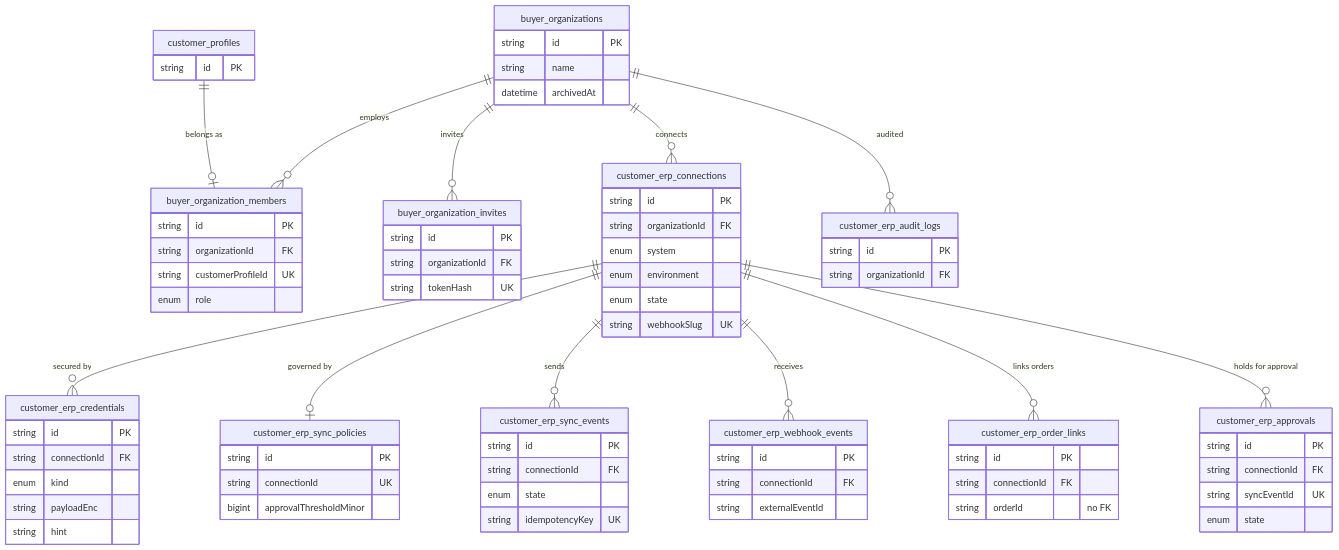
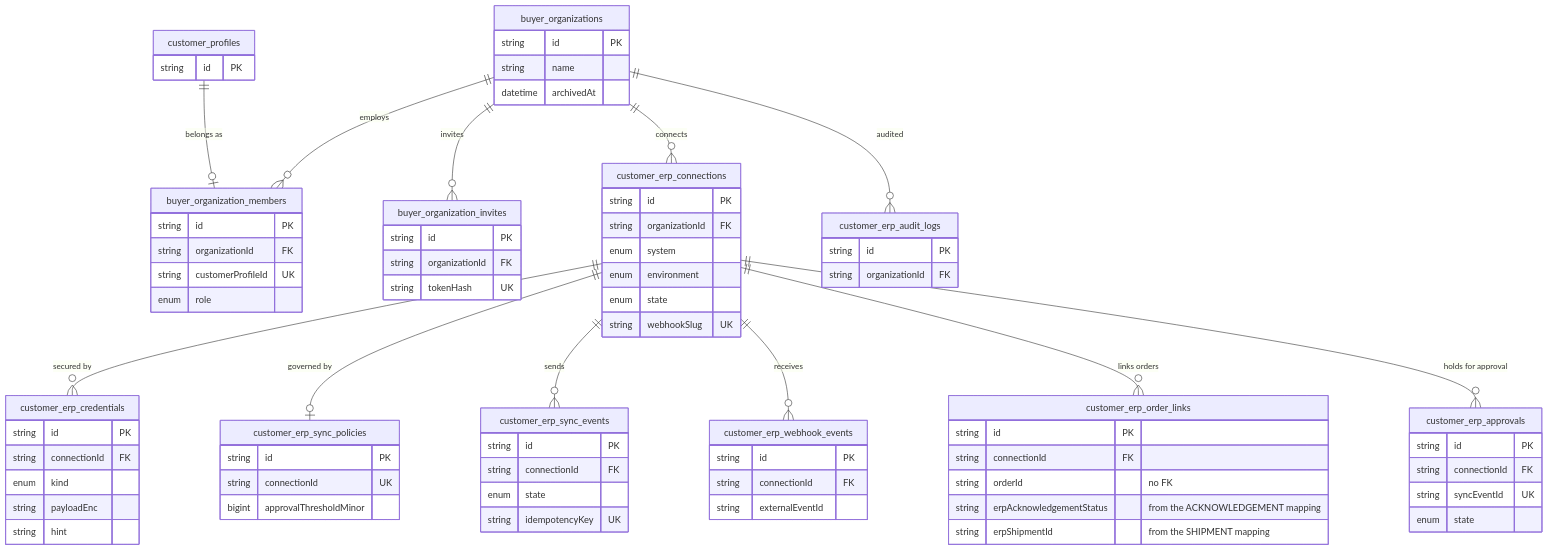
Diagram 21 of 44 in docs/DATABASE-DESIGN.md (UBoss-AI/UBoss-Sourcing), drawn with Mermaid before and after one commit. The commit also changed 38 other files, not shown here.

First line of the commit message:
feat: ERP acknowledgement and shipment mappings (ENH-015)

````diff
--- a/docs/DATABASE-DESIGN.md
+++ b/docs/DATABASE-DESIGN.md
@@ -2851,79 +2851,81 @@
 ```mermaid
 erDiagram
     buyer_organizations ||--o{ buyer_organization_members : "employs"
     customer_profiles ||--o| buyer_organization_members : "belongs as"
     buyer_organizations ||--o{ buyer_organization_invites : "invites"
     buyer_organizations ||--o{ customer_erp_connections : "connects"
     customer_erp_connections ||--o{ customer_erp_credentials : "secured by"
     customer_erp_connections ||--o| customer_erp_sync_policies : "governed by"
     customer_erp_connections ||--o{ customer_erp_sync_events : "sends"
     customer_erp_connections ||--o{ customer_erp_webhook_events : "receives"
     customer_erp_connections ||--o{ customer_erp_order_links : "links orders"
     customer_erp_connections ||--o{ customer_erp_approvals : "holds for approval"
     buyer_organizations ||--o{ customer_erp_audit_logs : "audited"
     buyer_organizations {
         string id PK
         string name
         datetime archivedAt
     }
     buyer_organization_members {
         string id PK
         string organizationId FK
         string customerProfileId UK
         enum role
     }
     buyer_organization_invites {
         string id PK
         string organizationId FK
         string tokenHash UK
     }
     customer_erp_connections {
         string id PK
         string organizationId FK
         enum system
         enum environment
         enum state
         string webhookSlug UK
     }
     customer_erp_credentials {
         string id PK
         string connectionId FK
         enum kind
         string payloadEnc
         string hint
     }
     customer_erp_sync_policies {
         string id PK
         string connectionId UK
         bigint approvalThresholdMinor
     }
     customer_erp_sync_events {
         string id PK
         string connectionId FK
         enum state
         string idempotencyKey UK
     }
     customer_erp_webhook_events {
         string id PK
         string connectionId FK
         string externalEventId
     }
     customer_erp_order_links {
         string id PK
         string connectionId FK
         string orderId "no FK"
+        string erpAcknowledgementStatus "from the ACKNOWLEDGEMENT mapping"
+        string erpShipmentId "from the SHIPMENT mapping"
     }
     customer_erp_approvals {
         string id PK
         string connectionId FK
         string syncEventId UK
         enum state
     }
     customer_erp_audit_logs {
         string id PK
         string organizationId FK
     }
     customer_profiles {
         string id PK
     }
 ```
````
